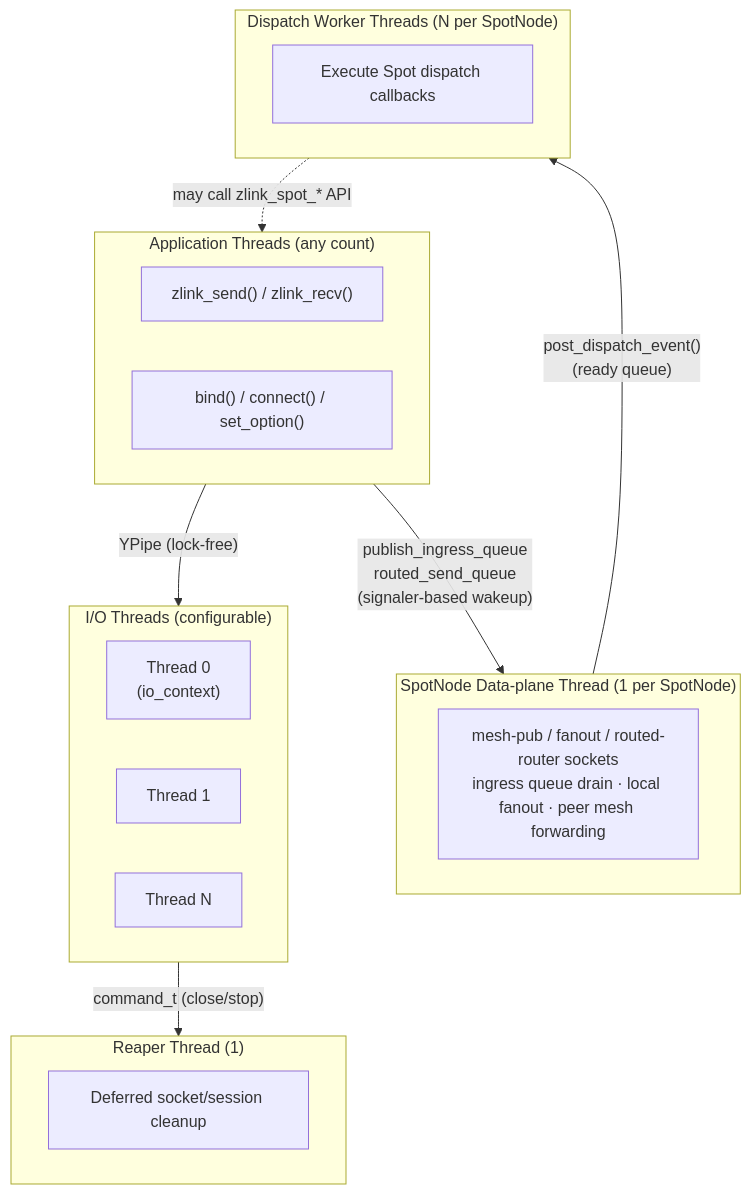
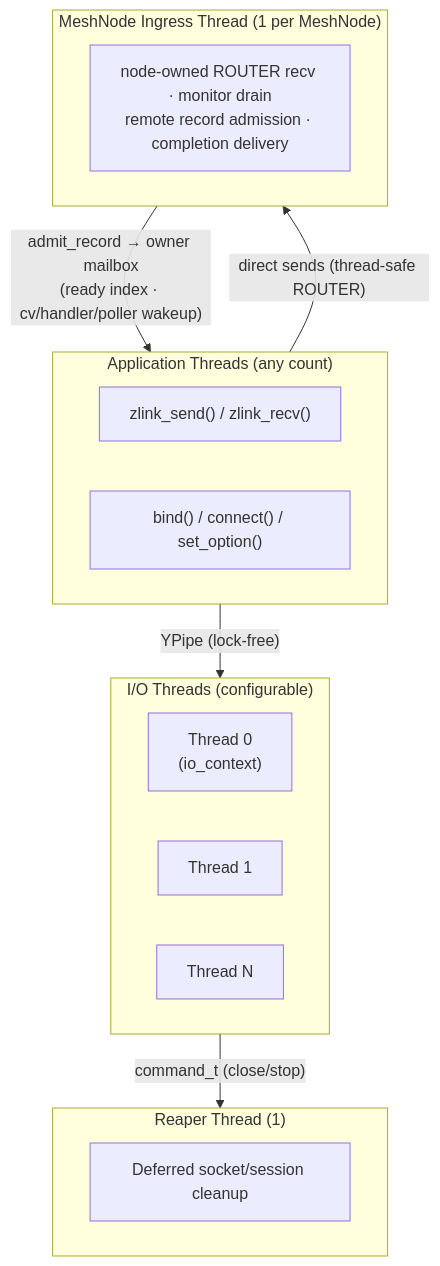
Before and after one commit to kairos-code-dev/zlink: the first of 2 diagrams in core/doc/internals/threading-model.md, drawn with Mermaid. The commit also changed other lines of this file and 58 other files, not shown here.

````diff
--- a/core/doc/internals/threading-model.md
+++ b/core/doc/internals/threading-model.md
@@ -36,28 +36,24 @@
 ```mermaid
 flowchart TB
     subgraph APP["Application Threads (any count)"]
         direction LR
         A1["zlink_send() / zlink_recv()"]
         A2["bind() / connect() / set_option()"]
     end
     subgraph IO["I/O Threads (configurable)"]
         direction LR
         T0["Thread 0\n(io_context)"]
         T1["Thread 1"]
         TN["Thread N"]
     end
     subgraph REAPER["Reaper Thread (1)"]
         R1["Deferred socket/session cleanup"]
     end
-    subgraph SPOT_DATA["SpotNode Data-plane Thread (1 per SpotNode)"]
-        DP["mesh-pub / fanout / routed-router sockets\ningress queue drain · local fanout · peer mesh forwarding"]
-    end
-    subgraph SPOT_WORKERS["Dispatch Worker Threads (N per SpotNode)"]
-        W1["Execute Spot dispatch callbacks"]
+    subgraph MESH_INGRESS["MeshNode Ingress Thread (1 per MeshNode)"]
+        MI["node-owned ROUTER recv · monitor drain\nremote record admission · completion delivery"]
     end
     APP -- "YPipe (lock-free)" --> IO
     IO -- "command_t (close/stop)" --> REAPER
-    APP -- "publish_ingress_queue\nrouted_send_queue\n(signaler-based wakeup)" --> SPOT_DATA
-    SPOT_DATA -- "post_dispatch_event()\n(ready queue)" --> SPOT_WORKERS
-    SPOT_WORKERS -. "may call zlink_spot_* API" .-> APP
+    APP -- "direct sends (thread-safe ROUTER)" --> MESH_INGRESS
+    MESH_INGRESS -- "admit_record → owner mailbox\n(ready index · cv/handler/poller wakeup)" --> APP
 ```
````
